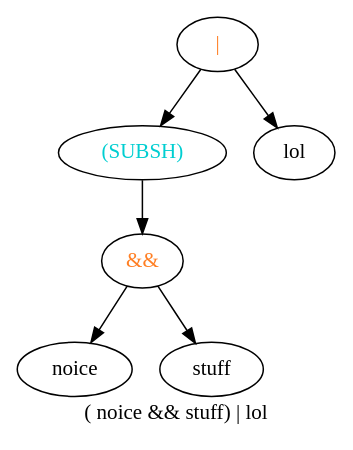
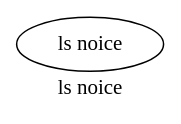
Before and after one commit to YeGoRenji/minishell-1337: the diagram in tree.dot, drawn with Graphviz. The commit also changed 5 other files, not shown here.

```diff
--- a/tree.dot
+++ b/tree.dot
@@ -1,14 +1,4 @@
 digraph yep {
-	label="( noice && stuff) | lol"
-	n0[fontcolor=chocolate1 label="|"];
-	n0 -> n1;
-	n0 -> n2;
-	n1[fontcolor=darkturquoise label="(SUBSH) "];
-	n1 -> n3;
-	n3[fontcolor=chocolate1 label="&&"];
-	n3 -> n7;
-	n3 -> n8;
-	n7[label="noice "];
-	n8[label="stuff "];
-	n2[label="lol "];
+	label="ls noice"
+	n0[label="ls noice "];
 }
```
